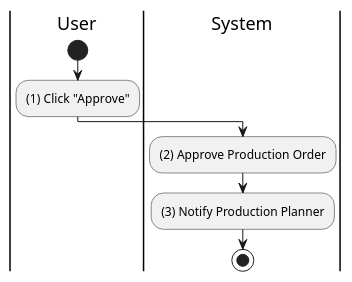
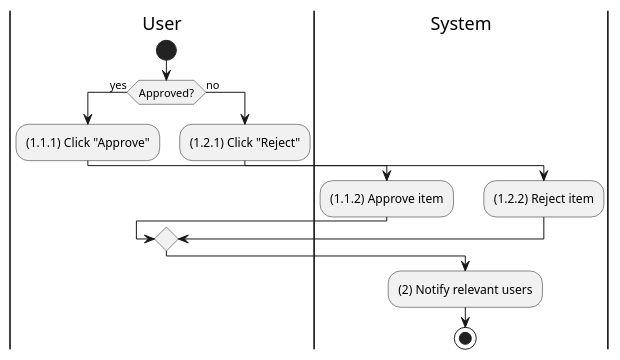
The diagram in activities/production-order-approve.plantuml (phihungha/scmss-reqs), drawn with PlantUML before and after one commit. The commit also changed 19 other files, not shown here.

```diff
--- a/activities/production-order-approve.plantuml
+++ b/activities/production-order-approve.plantuml
@@ -1,13 +1,21 @@
 @startuml production-order-approve
 |u|User
 |s|System
 
 |u|
 start
-:(1) Click "Approve";
 
-|s|
-:(2) Approve Production Order;
-:(3) Notify Production Planner;
+if (Approved?) then (yes)
+    :(1.1.1) Click "Approve";
+    |s|
+    :(1.1.2) Approve item;
+else (no)
+    |u|
+    :(1.2.1) Click "Reject";
+    |s|
+    :(1.2.2) Reject item;
+endif
+
+:(2) Notify relevant users;
 stop
 @enduml
```
